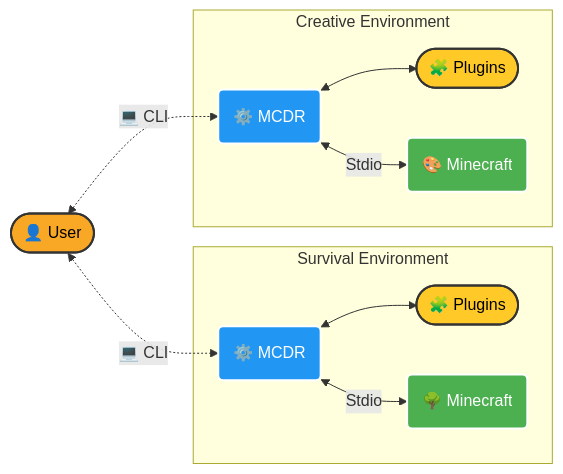
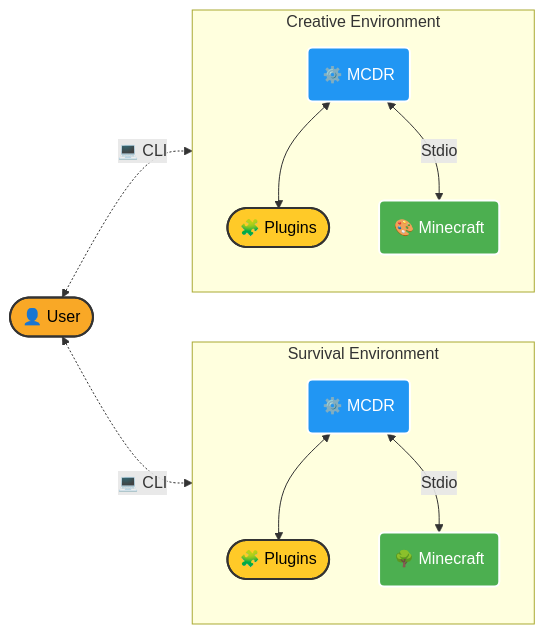
Before and after one commit to 1attila/test: the second of 2 diagrams in README.md, drawn with Mermaid. The commit also changed other lines of this file, not shown here.

````diff
--- a/README.md
+++ b/README.md
@@ -115,32 +115,36 @@
 ```mermaid
 flowchart LR
     %% Colors and Styles
     classDef user fill:#f9a826,stroke:#333,stroke-width:2px,color:#000;
     classDef mcdr fill:#2196f3,stroke:#fff,stroke-width:2px,color:#fff;
     classDef plugin fill:#ffca28,stroke:#333,stroke-width:2px,color:#000;
     classDef mc fill:#4caf50,stroke:#fff,stroke-width:2px,color:#fff;
 
     U([👤 User]):::user
 
     subgraph Env1["Survival Environment"]
+        direction TB
+
         M1(⚙️ MCDR):::mcdr
         P1([🧩 Plugins]):::plugin
         S1(🌳 Minecraft):::mc
         
         M1 <--> P1
         M1 <-->|Stdio| S1
     end
 
     subgraph Env2 ["Creative Environment"]
+        direction TB
+
         M2(⚙️ MCDR):::mcdr
         P2([🧩 Plugins]):::plugin
         S2(🎨 Minecraft):::mc
         
         M2 <--> P2
         M2 <-->|Stdio| S2
     end
 
     %% User Interaction
     U <-.->|💻 CLI| M1
     U <-.->|💻 CLI| M2
 ```
````
